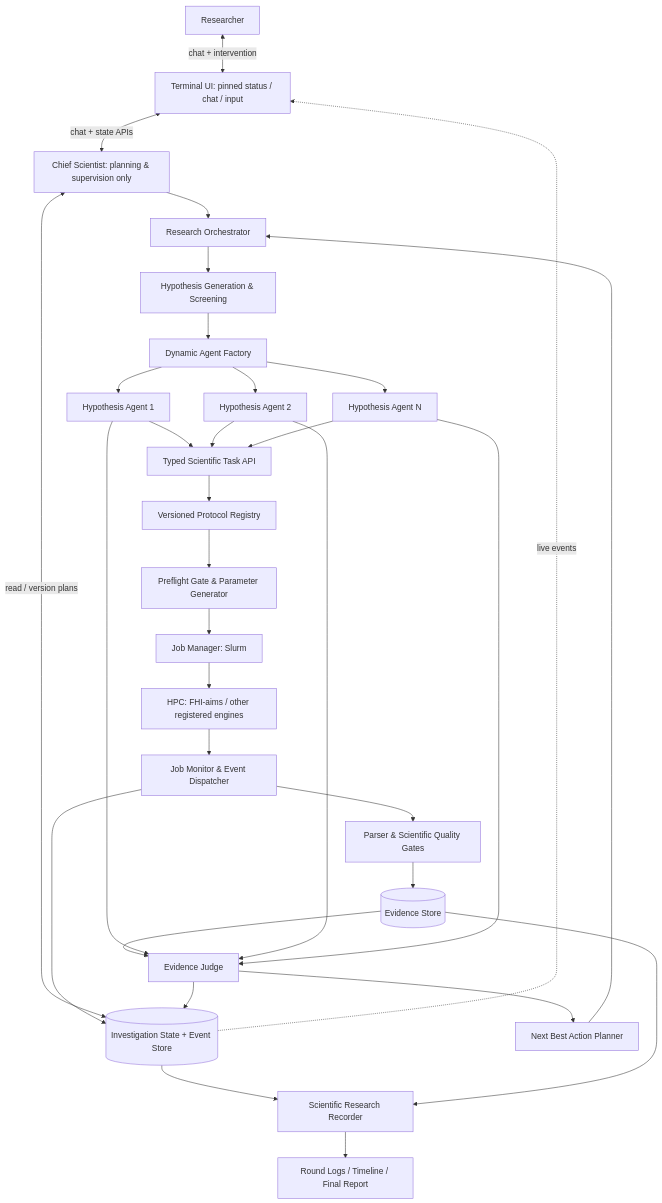
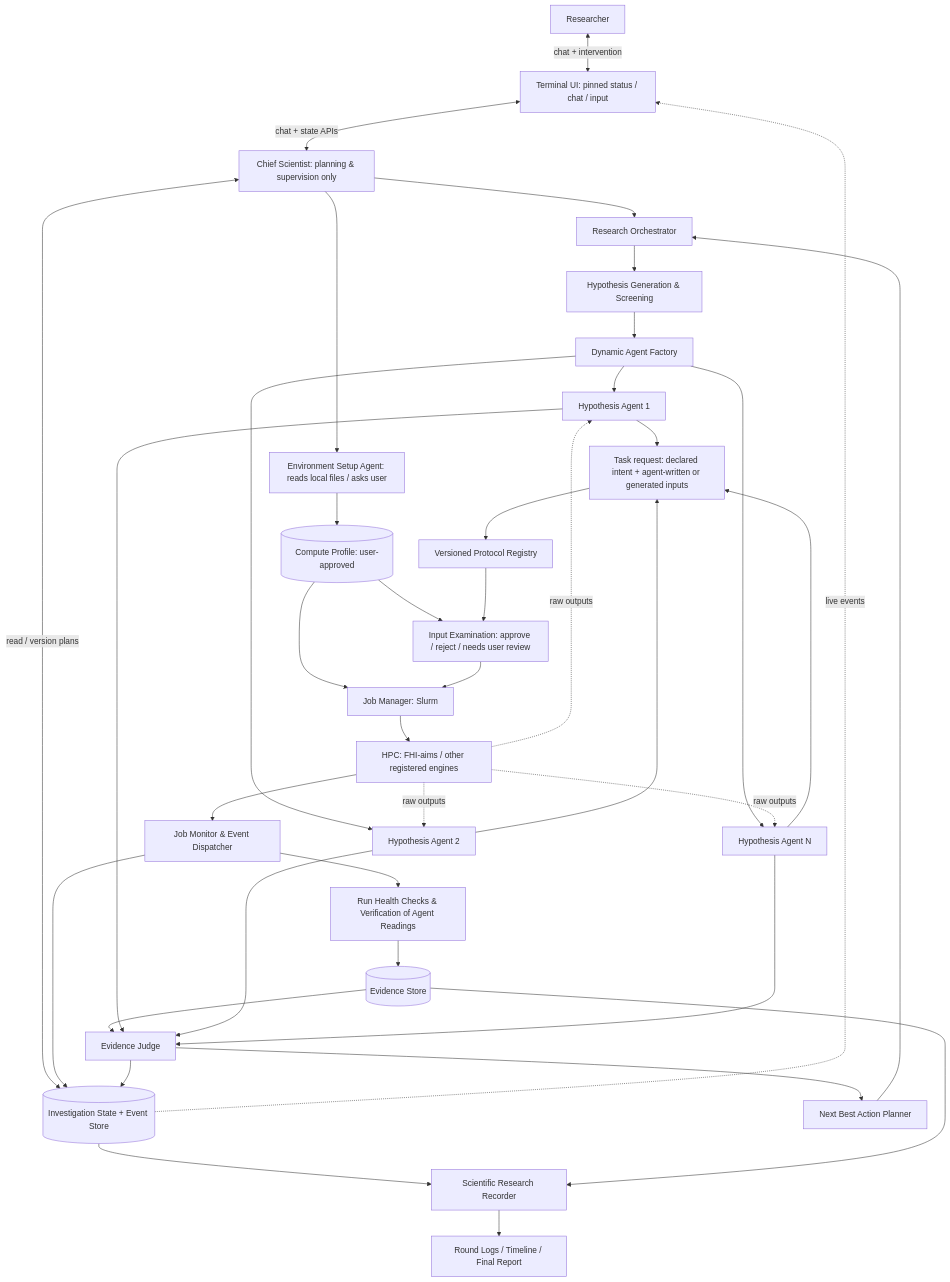
One commit to haoran-ni/CEDAR changed the first of 2 diagrams in docs/ARCHITECTURE.md. Above: the diagram before and after it, drawn with Mermaid. The commit also changed other lines of this file and 2 other files, not shown here.

First line of the commit message:
Allow agent-written inputs and output reading; require site-independent setup

````diff
--- a/docs/ARCHITECTURE.md
+++ b/docs/ARCHITECTURE.md
@@ -9,30 +9,35 @@
 ```mermaid
 flowchart TB
     U[Researcher] <-->|chat + intervention| UI[Terminal UI: pinned status / chat / input]
     UI <-->|chat + state APIs| C[Chief Scientist: planning & supervision only]
     C <-->|read / version plans| DB[(Investigation State + Event Store)]
     C --> O[Research Orchestrator]
+    C --> ENV[Environment Setup Agent: reads local files / asks user]
+    ENV --> PROF[(Compute Profile: user-approved)]
+    PROF --> Q
+    PROF --> J
     O --> HG[Hypothesis Generation & Screening]
     HG --> AF[Dynamic Agent Factory]
     AF --> H1[Hypothesis Agent 1]
     AF --> H2[Hypothesis Agent 2]
     AF --> Hn[Hypothesis Agent N]
-    H1 & H2 & Hn --> T[Typed Scientific Task API]
+    H1 & H2 & Hn --> T[Task request: declared intent + agent-written or generated inputs]
     T --> P[Versioned Protocol Registry]
-    P --> Q[Preflight Gate & Parameter Generator]
+    P --> Q[Input Examination: approve / reject / needs user review]
     Q --> J[Job Manager: Slurm]
     J --> HPC[HPC: FHI-aims / other registered engines]
     HPC --> MON[Job Monitor & Event Dispatcher]
-    MON --> VAL[Parser & Scientific Quality Gates]
+    HPC -. raw outputs .-> H1 & H2 & Hn
+    MON --> VAL[Run Health Checks & Verification of Agent Readings]
     VAL --> EV[(Evidence Store)]
     MON --> DB
     EV --> S[Evidence Judge]
     H1 & H2 & Hn --> S
     S --> NEXT[Next Best Action Planner]
     NEXT --> O
     S --> DB
     DB --> REC[Scientific Research Recorder]
     EV --> REC
     REC --> NOTE[Round Logs / Timeline / Final Report]
     DB -. live events .-> UI
 ```
````
